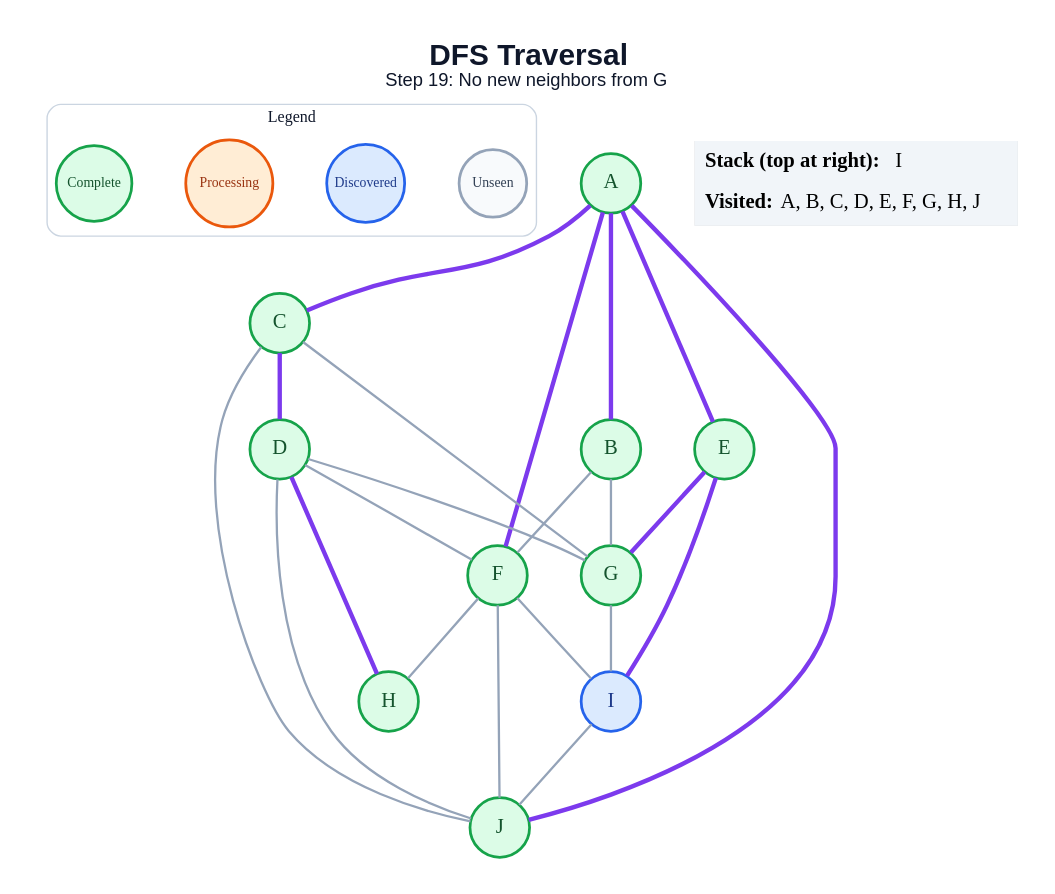
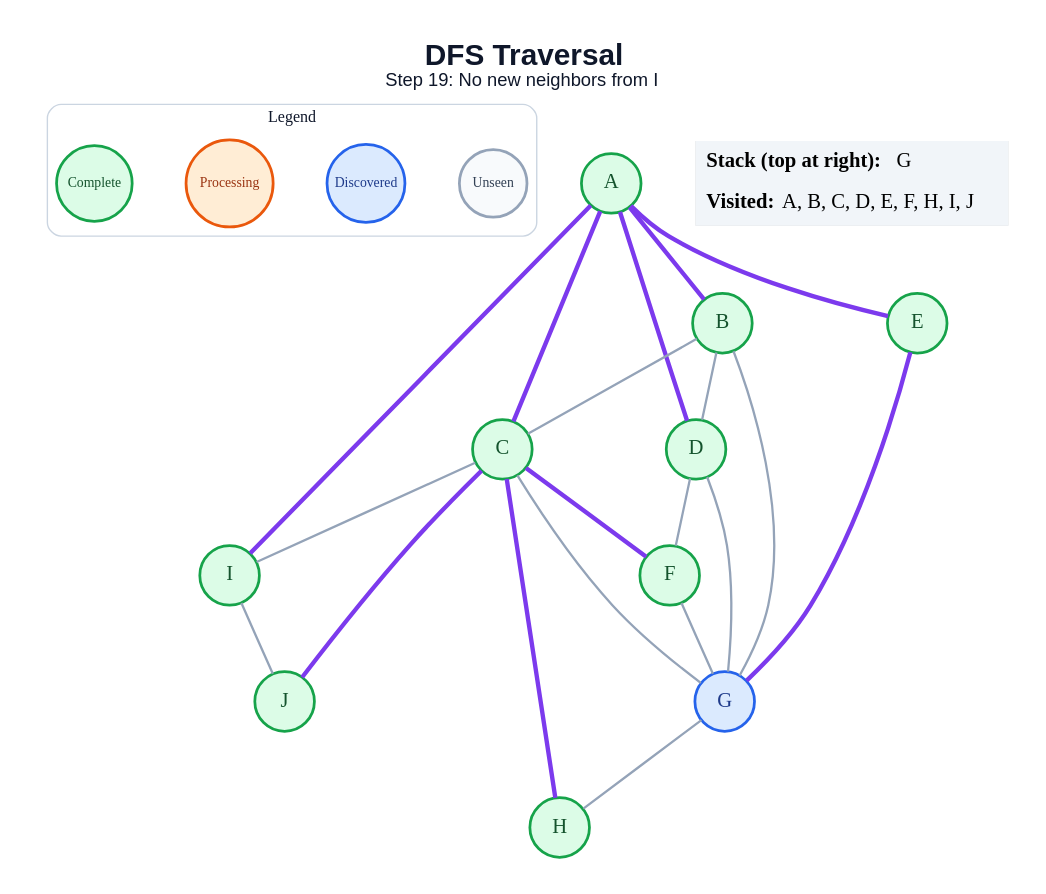
One commit to anon7238593-create/ai-slop changed the diagram in generated/specific-node/dfs/step_19.dot. Above: the diagram before and after it, drawn with Graphviz. The commit also changed 171 other files, not shown here.

```diff
--- a/generated/specific-node/dfs/step_19.dot
+++ b/generated/specific-node/dfs/step_19.dot
@@ -1,50 +1,48 @@
 graph traversal {
   graph [layout=dot, rankdir=TB, bgcolor="#FFFFFF", pad="0.35", nodesep="0.65", ranksep="0.8", fontname="Arial"];
   node [shape=circle, style="filled", fontname="Arial Bold", fontsize=18, width=0.72, fixedsize=true, penwidth=2.4];
   edge [color="#94A3B8", penwidth=2.0];
-  label=<<B>DFS Traversal</B><BR/><FONT POINT-SIZE="16">Step 19: No new neighbors from G</FONT>>; labelloc="t"; fontsize=26; fontname="Arial"; fontcolor="#0F172A";
+  label=<<B>DFS Traversal</B><BR/><FONT POINT-SIZE="16">Step 19: No new neighbors from I</FONT>>; labelloc="t"; fontsize=26; fontname="Arial"; fontcolor="#0F172A";
   subgraph cluster_legend { label="Legend"; color="#CBD5E1"; penwidth=1.2; style="rounded"; fontsize=14; fontname="Arial Bold";
     key_unseen [label="Unseen", fillcolor="#F8FAFC", color="#94A3B8", fontcolor="#334155", fontsize=12, width=0.82];
     key_frontier [label="Discovered", fillcolor="#DBEAFE", color="#2563EB", fontcolor="#1E3A8A", fontsize=12, width=0.95];
     key_current [label="Processing", fillcolor="#FFEDD5", color="#EA580C", fontcolor="#9A3412", fontsize=12, width=1.05];
     key_done [label="Complete", fillcolor="#DCFCE7", color="#16A34A", fontcolor="#14532D", fontsize=12, width=0.92];
     { rank=same; key_unseen; key_frontier; key_current; key_done; }
   }
   A [fillcolor="#DCFCE7", color="#16A34A", fontcolor="#14532D"];
   B [fillcolor="#DCFCE7", color="#16A34A", fontcolor="#14532D"];
   C [fillcolor="#DCFCE7", color="#16A34A", fontcolor="#14532D"];
   D [fillcolor="#DCFCE7", color="#16A34A", fontcolor="#14532D"];
   E [fillcolor="#DCFCE7", color="#16A34A", fontcolor="#14532D"];
   F [fillcolor="#DCFCE7", color="#16A34A", fontcolor="#14532D"];
-  G [fillcolor="#DCFCE7", color="#16A34A", fontcolor="#14532D"];
+  G [fillcolor="#DBEAFE", color="#2563EB", fontcolor="#1E3A8A"];
   H [fillcolor="#DCFCE7", color="#16A34A", fontcolor="#14532D"];
-  I [fillcolor="#DBEAFE", color="#2563EB", fontcolor="#1E3A8A"];
+  I [fillcolor="#DCFCE7", color="#16A34A", fontcolor="#14532D"];
   J [fillcolor="#DCFCE7", color="#16A34A", fontcolor="#14532D"];
   A -- B [color="#7C3AED", penwidth=3.8];
   A -- C [color="#7C3AED", penwidth=3.8];
+  A -- D [color="#7C3AED", penwidth=3.8];
   A -- E [color="#7C3AED", penwidth=3.8];
-  A -- F [color="#7C3AED", penwidth=3.8];
-  A -- J [color="#7C3AED", penwidth=3.8];
-  B -- F;
+  A -- I [color="#7C3AED", penwidth=3.8];
+  B -- C;
+  B -- D;
   B -- G;
-  C -- D [color="#7C3AED", penwidth=3.8];
+  C -- F [color="#7C3AED", penwidth=3.8];
   C -- G;
-  C -- J;
+  C -- H [color="#7C3AED", penwidth=3.8];
+  C -- I;
+  C -- J [color="#7C3AED", penwidth=3.8];
   D -- F;
   D -- G;
-  D -- H [color="#7C3AED", penwidth=3.8];
-  D -- J;
   E -- G [color="#7C3AED", penwidth=3.8];
-  E -- I [color="#7C3AED", penwidth=3.8];
-  F -- H;
-  F -- I;
-  F -- J;
-  G -- I;
+  F -- G;
+  G -- H;
   I -- J;
   status [shape=plain, fixedsize=false, width=0, height=0, margin=0, label=<
     <TABLE BORDER="0" CELLBORDER="0" CELLPADDING="7" BGCOLOR="#F1F5F9">
-      <TR><TD ALIGN="LEFT"><B>Stack (top at right):</B> I</TD></TR>
-      <TR><TD ALIGN="LEFT"><B>Visited:</B> A, B, C, D, E, F, G, H, J</TD></TR>
+      <TR><TD ALIGN="LEFT"><B>Stack (top at right):</B> G</TD></TR>
+      <TR><TD ALIGN="LEFT"><B>Visited:</B> A, B, C, D, E, F, H, I, J</TD></TR>
     </TABLE>
   >];
 }
```
